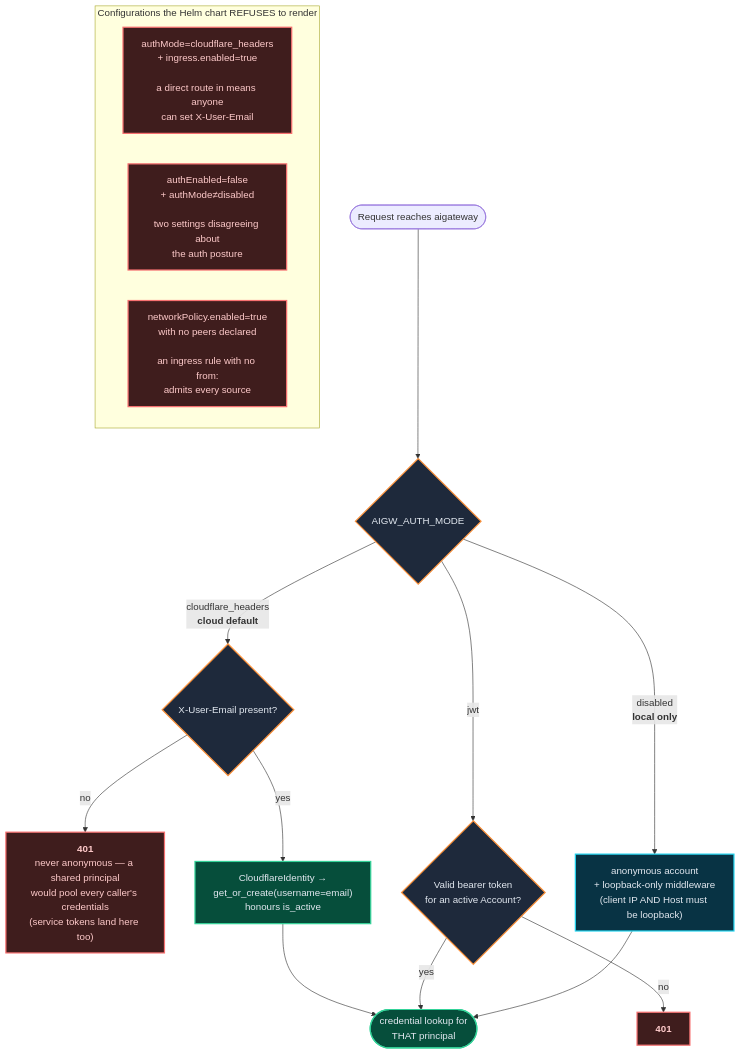
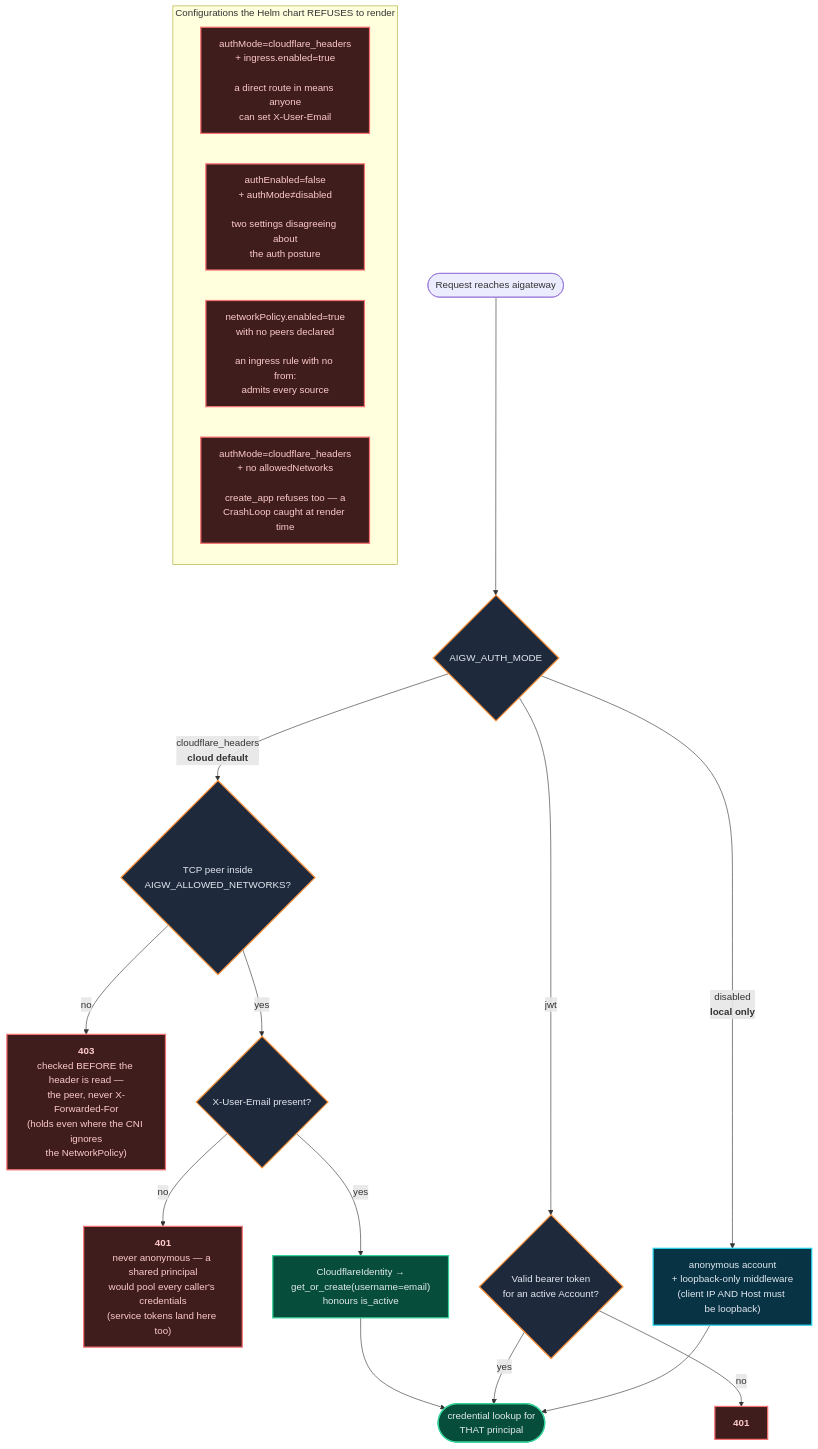
The third of 3 diagrams in docs/diagrams/gateway-identity.md (OpenMined/screamingface), drawn with Mermaid before and after one commit. The commit also changed other lines of this file and 16 other files, not shown here.

````diff
--- a/docs/diagrams/gateway-identity.md
+++ b/docs/diagrams/gateway-identity.md
@@ -155,32 +169,35 @@
 ```mermaid
 flowchart TB
     REQ(["Request reaches aigateway"]) --> MODE{"AIGW_AUTH_MODE"}
 
-    MODE -->|cloudflare_headers<br/><b>cloud default</b>| H1{"X-User-Email present?"}
+    MODE -->|cloudflare_headers<br/><b>cloud default</b>| N1{"TCP peer inside<br/>AIGW_ALLOWED_NETWORKS?"}
+    N1 -->|no| N403["<b>403</b><br/>checked BEFORE the header is read —<br/>the peer, never X-Forwarded-For<br/>(holds even where the CNI ignores<br/>the NetworkPolicy)"]
+    N1 -->|yes| H1{"X-User-Email present?"}
     H1 -->|no| H401["<b>401</b><br/>never anonymous — a shared principal<br/>would pool every caller's credentials<br/>(service tokens land here too)"]
     H1 -->|yes| HACC["CloudflareIdentity →<br/>get_or_create(username=email)<br/>honours is_active"]
     HACC --> OK(["credential lookup for<br/>THAT principal"])
 
     MODE -->|jwt| J1{"Valid bearer token<br/>for an active Account?"}
     J1 -->|no| J401["<b>401</b>"]
     J1 -->|yes| OK
 
     MODE -->|disabled<br/><b>local only</b>| D1["anonymous account<br/>+ loopback-only middleware<br/>(client IP AND Host must be loopback)"]
     D1 --> OK
 
     subgraph REFUSED["Configurations the Helm chart REFUSES to render"]
         R1["authMode=cloudflare_headers<br/>+ ingress.enabled=true<br/><br/>a direct route in means anyone<br/>can set X-User-Email"]
         R2["authEnabled=false<br/>+ authMode≠disabled<br/><br/>two settings disagreeing about<br/>the auth posture"]
         R3["networkPolicy.enabled=true<br/>with no peers declared<br/><br/>an ingress rule with no from:<br/>admits every source"]
+        R4["authMode=cloudflare_headers<br/>+ no allowedNetworks<br/><br/>create_app refuses too — a<br/>CrashLoop caught at render time"]
     end
 
     classDef ok fill:#064e3b,stroke:#34d399,stroke-width:2px,color:#e2e8f0
     classDef bad fill:#3f1d1d,stroke:#f87171,stroke-width:2px,color:#fecaca
     classDef dec fill:#1e293b,stroke:#fb923c,stroke-width:2px,color:#e2e8f0
     classDef local fill:#083344,stroke:#22d3ee,stroke-width:2px,color:#e2e8f0
 
     class OK,HACC ok
-    class H401,J401,R1,R2,R3 bad
-    class MODE,H1,J1 dec
+    class H401,J401,N403,R1,R2,R3,R4 bad
+    class MODE,H1,J1,N1 dec
     class D1 local
 ```
````
